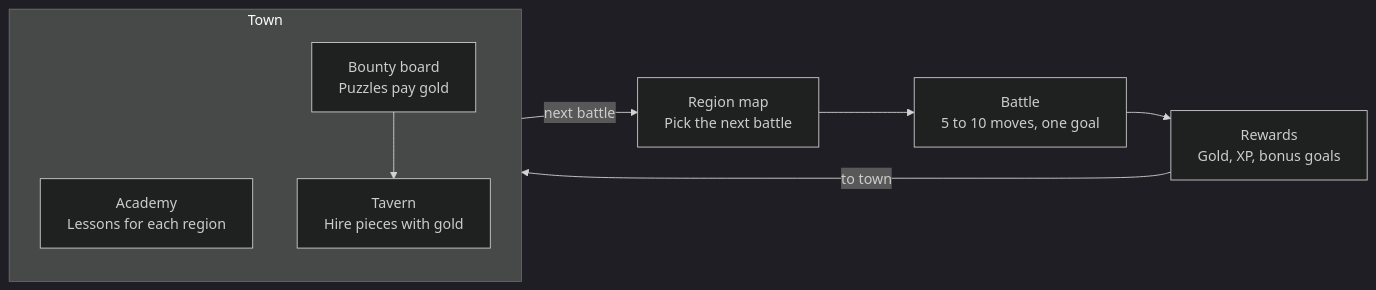
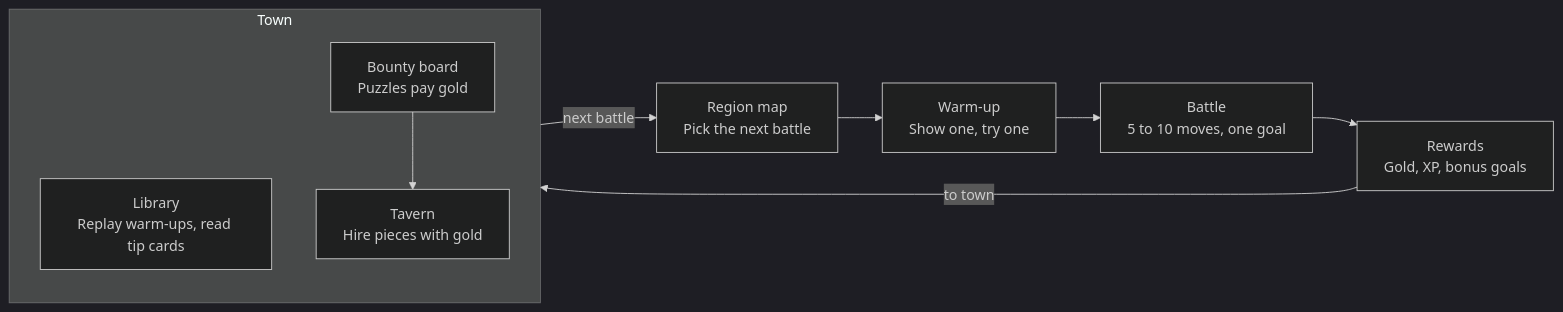
One commit to avoidthekitchen/chess-rpg-gauntlet changed the diagram in docs/design.md. Above: the diagram before and after it, drawn with Mermaid (dark theme). The commit also changed other lines of this file and 9 other files, not shown here.

````diff
--- a/docs/design.md
+++ b/docs/design.md
@@ -23,11 +23,12 @@
 ```mermaid
 flowchart LR
-    Map["Region map<br/>Pick the next battle"] --> Battle["Battle<br/>5 to 10 moves, one goal"]
+    Map["Region map<br/>Pick the next battle"] --> Warmup["Warm-up<br/>Show one, try one"]
+    Warmup --> Battle["Battle<br/>5 to 10 moves, one goal"]
     Battle --> Rewards["Rewards<br/>Gold, XP, bonus goals"]
     Rewards -->|to town| Town
     subgraph Town
-        Academy["Academy<br/>Lessons for each region"]
+        Library["Library<br/>Replay warm-ups, read tip cards"]
         Bounty["Bounty board<br/>Puzzles pay gold"] --> Tavern["Tavern<br/>Hire pieces with gold"]
     end
     Town -->|next battle| Map
 ```
````
